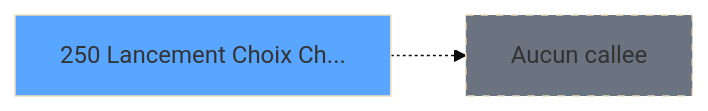
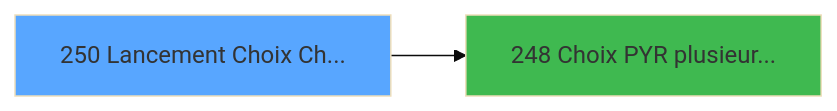
Before and after one commit to thonyAGP/magic-migration: the third of 3 diagrams in .openspec/specs/ADH-IDE-250.md, drawn with Mermaid (base theme). The commit also changed other lines of this file and 253 other files, not shown here.

````diff
--- a/.openspec/specs/ADH-IDE-250.md
+++ b/.openspec/specs/ADH-IDE-250.md
@@ -152,8 +184,8 @@
 ```mermaid
 graph LR
     T250[250 Lancement Choix Ch...]
     style T250 fill:#58a6ff
-    NONE[Aucun callee]
-    T250 -.-> NONE
-    style NONE fill:#6b7280,stroke-dasharray: 5 5
+    C248[248 Choix PYR plusieur...]
+    T250 --> C248
+    style C248 fill:#3fb950
 ```
````
